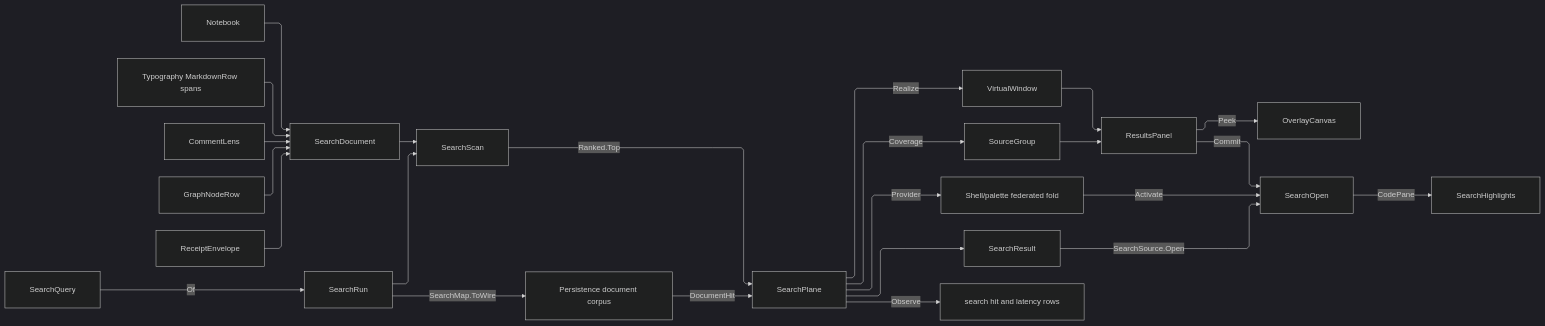
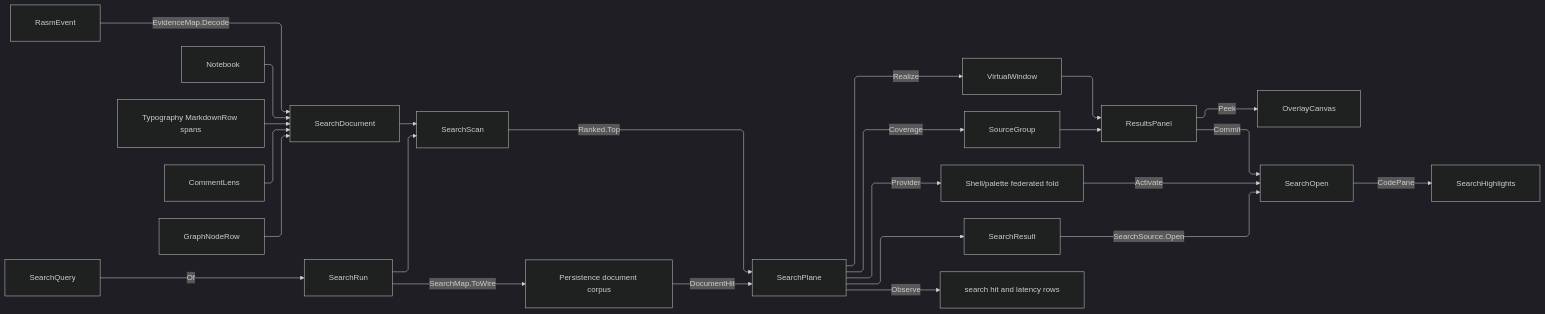
One commit to bsamiee/Rasm changed the diagram in libs/dotnet/Rasm.AppUi/.planning/Document/search.md. Above: the diagram before and after it, drawn with Mermaid (dark theme). The commit also changed other lines of this file and 1417 other files, not shown here.

````diff
--- a/libs/dotnet/Rasm.AppUi/.planning/Document/search.md
+++ b/libs/dotnet/Rasm.AppUi/.planning/Document/search.md
@@ -704,35 +708,35 @@
 ```mermaid
 ---
 config:
   layout: elk
   flowchart:
     curve: linear
     padding: 25
 ---
 flowchart LR
     accTitle: Document search coverage, ranking, navigation, and the results panel
     accDescr: Five landed owners projecting into one candidate shape, a query minting one match strategy carried as a run value for both the corpus scan and the code pane, a plane merging bounded local and resident hits into one keyed cache realized through the virtualization window, the plane contributing its rows into the shell palette's one federated fold, a coverage row lowering each activated result to its surface, and a results panel banding the realized window under the plane's own per-source tallies.
     Notebook --> SearchDocument
     MarkdownRows["Typography MarkdownRow spans"] --> SearchDocument
     CommentLens --> SearchDocument
     GraphNodeRow --> SearchDocument
-    ReceiptEnvelope --> SearchDocument
+    RasmEvent -->|EvidenceMap.Decode| SearchDocument
     SearchQuery -->|Of| SearchRun
     SearchRun --> SearchScan
     SearchDocument --> SearchScan
     SearchScan -->|Ranked.Top| SearchPlane
     SearchRun -->|SearchMap.ToWire| ResidentIndex["Persistence document corpus"]
     ResidentIndex -->|DocumentHit| SearchPlane
     SearchPlane -->|Realize| VirtualWindow
     VirtualWindow --> ResultsPanel
     SearchPlane -->|Coverage| SourceGroup
     SourceGroup --> ResultsPanel
     ResultsPanel -->|Peek| OverlayCanvas
     ResultsPanel -->|Commit| SearchOpen
     SearchPlane -->|Provider| Palette["Shell/palette federated fold"]
     SearchPlane --> SearchResult
     Palette -->|Activate| SearchOpen
     SearchResult -->|SearchSource.Open| SearchOpen
     SearchOpen -->|CodePane| SearchHighlights
     SearchPlane -->|Observe| DocumentSearch["search hit and latency rows"]
 ```
````
